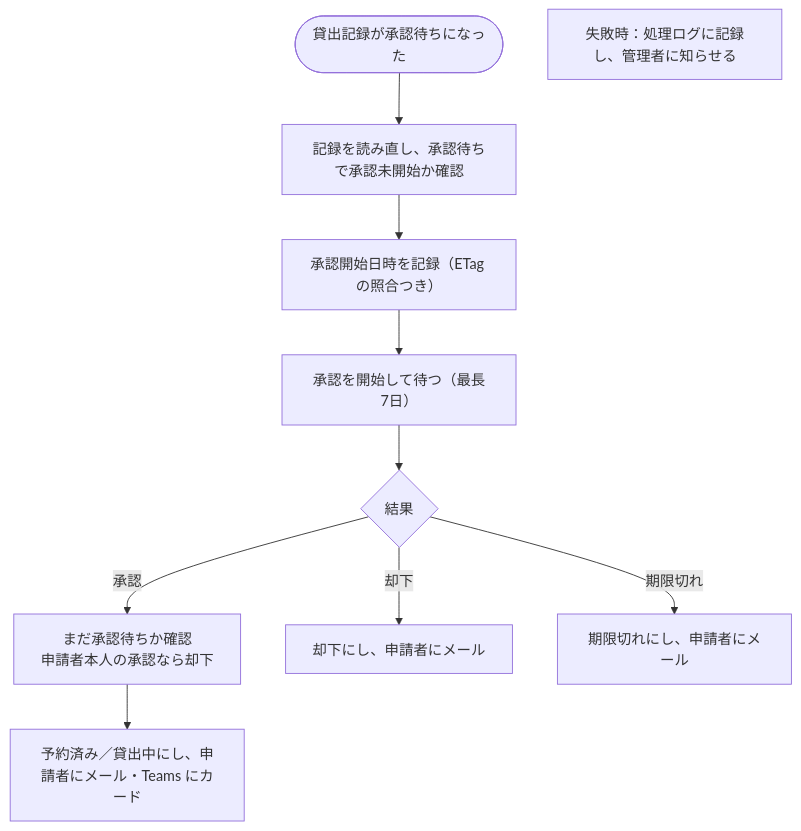
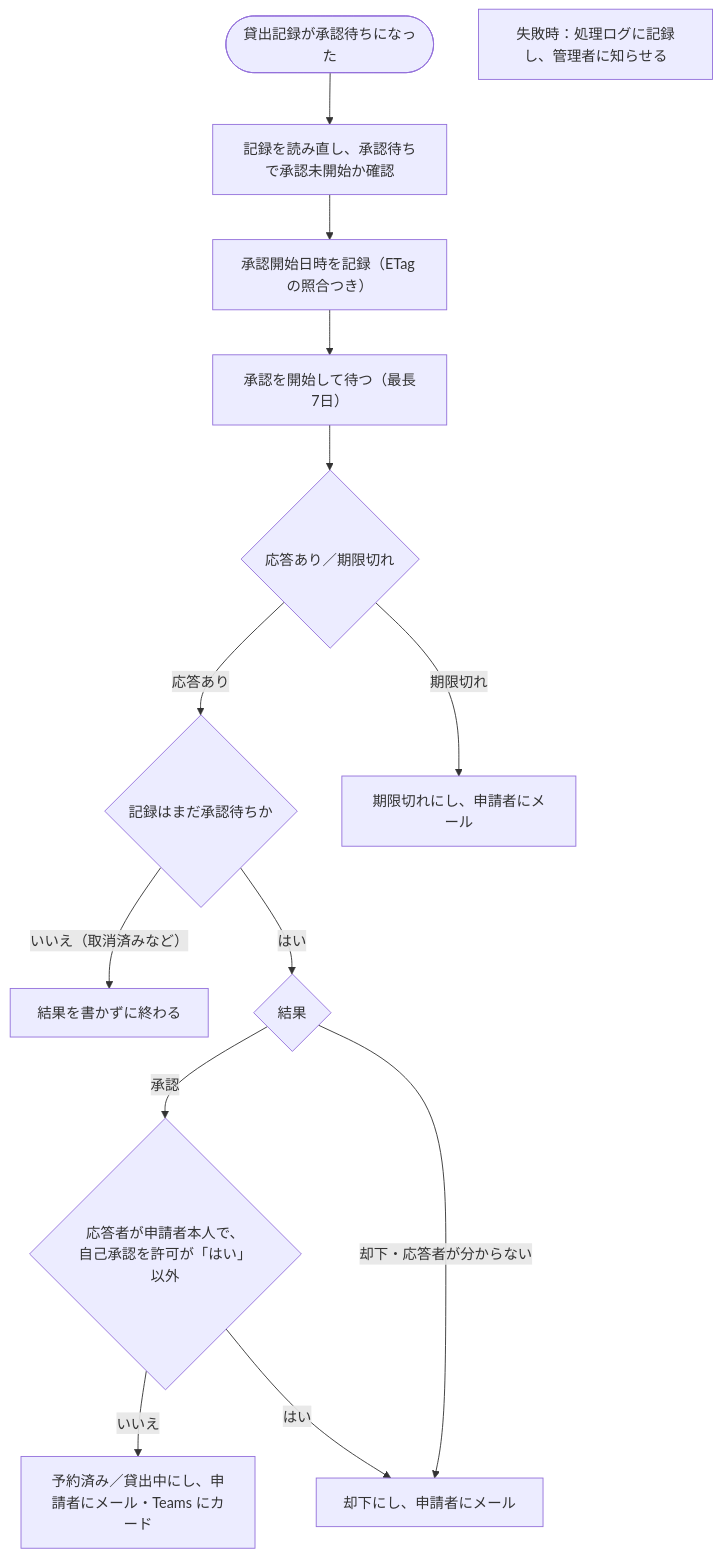
The diagram in docs/flows/FLW-002.md (takato-y/m365-equipment-lending), drawn with Mermaid before and after one commit. The commit also changed 3 other files, not shown here.

Commit message:
フロー設計書の全体図を実装に合わせた（FLW-002 の承認待ちの確認と自己承認の条件、FLW-006 の備品の状態の条件）。使っていない関数を削除

````diff
--- a/docs/flows/FLW-002.md
+++ b/docs/flows/FLW-002.md
@@ -36,12 +36,16 @@
 ```mermaid
 flowchart TD
     T(["貸出記録が承認待ちになった"]) --> A["記録を読み直し、承認待ちで承認未開始か確認"]
     A --> B["承認開始日時を記録（ETag の照合つき）"]
     B --> C["承認を開始して待つ（最長7日）"]
-    C --> D{"結果"}
-    D -- 承認 --> E["まだ承認待ちか確認<br>申請者本人の承認なら却下"]
-    E --> F["予約済み／貸出中にし、申請者にメール・Teams にカード"]
-    D -- 却下 --> G["却下にし、申請者にメール"]
+    C --> D{"応答あり／期限切れ"}
+    D -- 応答あり --> W{"記録はまだ承認待ちか"}
+    W -- いいえ（取消済みなど） --> Z["結果を書かずに終わる"]
+    W -- はい --> R{"結果"}
+    R -- 承認 --> E{"応答者が申請者本人で、<br>自己承認を許可が「はい」以外"}
+    E -- いいえ --> F["予約済み／貸出中にし、申請者にメール・Teams にカード"]
+    E -- はい --> G["却下にし、申請者にメール"]
+    R -- 却下・応答者が分からない --> G
     D -- 期限切れ --> H["期限切れにし、申請者にメール"]
     X["失敗時：処理ログに記録し、管理者に知らせる"]
 ```
````
